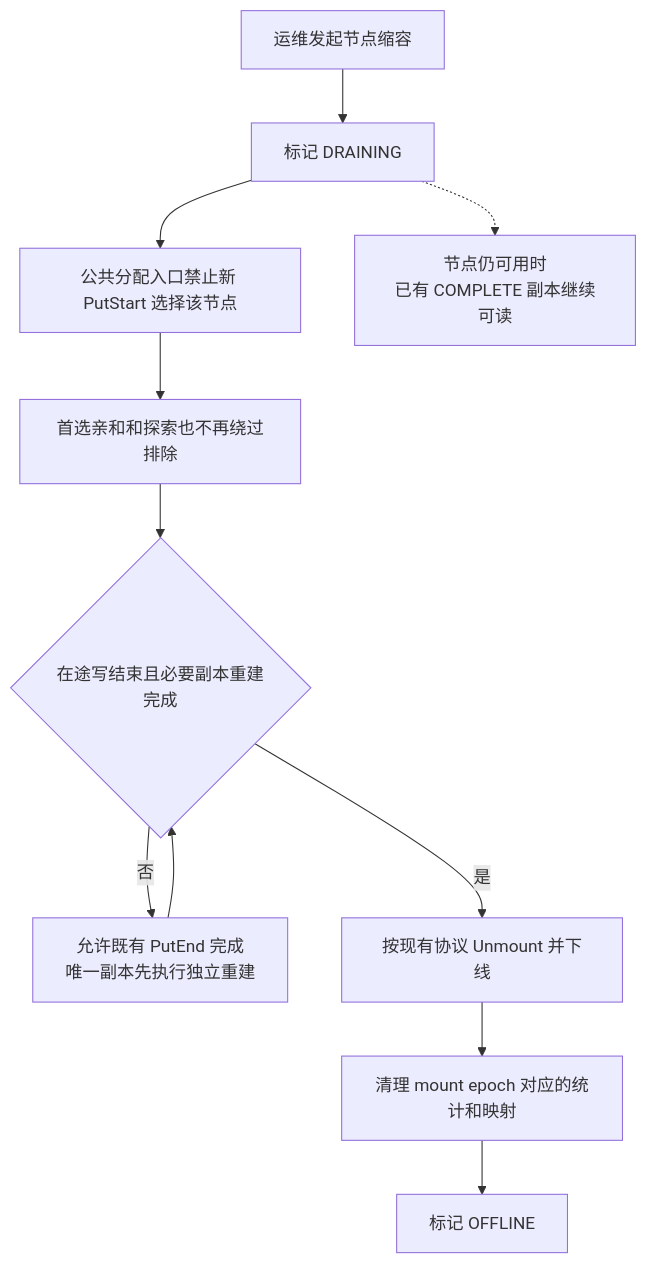
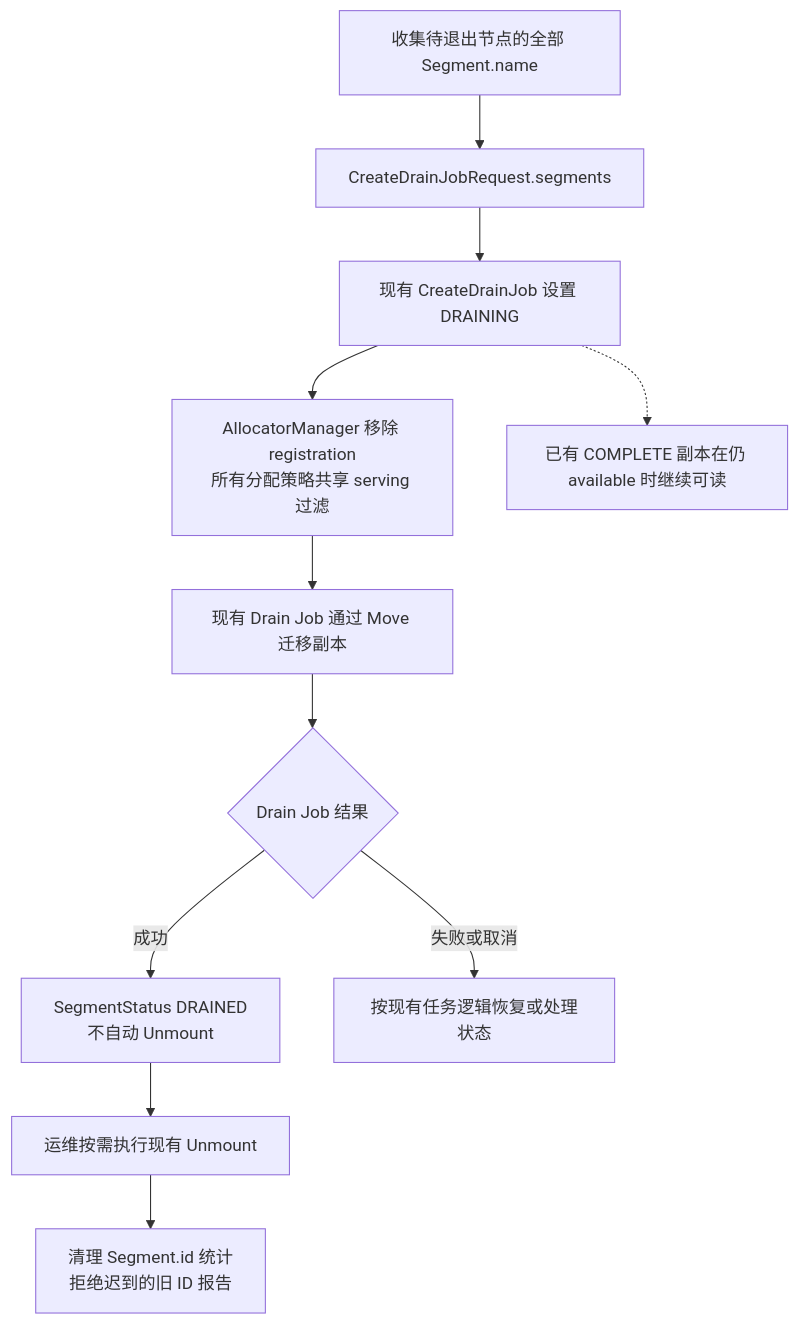
One commit to ma-xiang/Mooncake changed the tenth of 10 diagrams in analyze/mooncake-store-node-level-scheduling.md. Above: the diagram before and after it, drawn with Mermaid. The commit also changed other lines of this file, not shown here.

````diff
--- a/analyze/mooncake-store-node-level-scheduling.md
+++ b/analyze/mooncake-store-node-level-scheduling.md
@@ -494,13 +504,13 @@
 ```mermaid
 flowchart TD
-    A[运维发起节点缩容] --> B[标记 DRAINING]
-    B --> C[公共分配入口禁止新 PutStart 选择该节点]
-    C --> D[首选亲和和探索也不再绕过排除]
-    D --> E{在途写结束且必要副本重建完成}
-    E -- 否 --> F[允许既有 PutEnd 完成<br/>唯一副本先执行独立重建]
-    F --> E
-    E -- 是 --> G[按现有协议 Unmount 并下线]
-    G --> H[清理 mount epoch 对应的统计和映射]
-    H --> I[标记 OFFLINE]
-    B -.-> J[节点仍可用时<br/>已有 COMPLETE 副本继续可读]
+    A[收集待退出节点的全部 Segment.name] --> B[CreateDrainJobRequest.segments]
+    B --> C[现有 CreateDrainJob 设置 DRAINING]
+    C --> D[AllocatorManager 移除 registration<br/>所有分配策略共享 serving 过滤]
+    D --> E[现有 Drain Job 通过 Move 迁移副本]
+    E --> F{Drain Job 结果}
+    F -- 成功 --> G[SegmentStatus DRAINED<br/>不自动 Unmount]
+    F -- 失败或取消 --> H[按现有任务逻辑恢复或处理状态]
+    G --> I[运维按需执行现有 Unmount]
+    I --> J[清理 Segment.id 统计<br/>拒绝迟到的旧 ID 报告]
+    C -.-> K[已有 COMPLETE 副本在仍 available 时继续可读]
 ```
````
